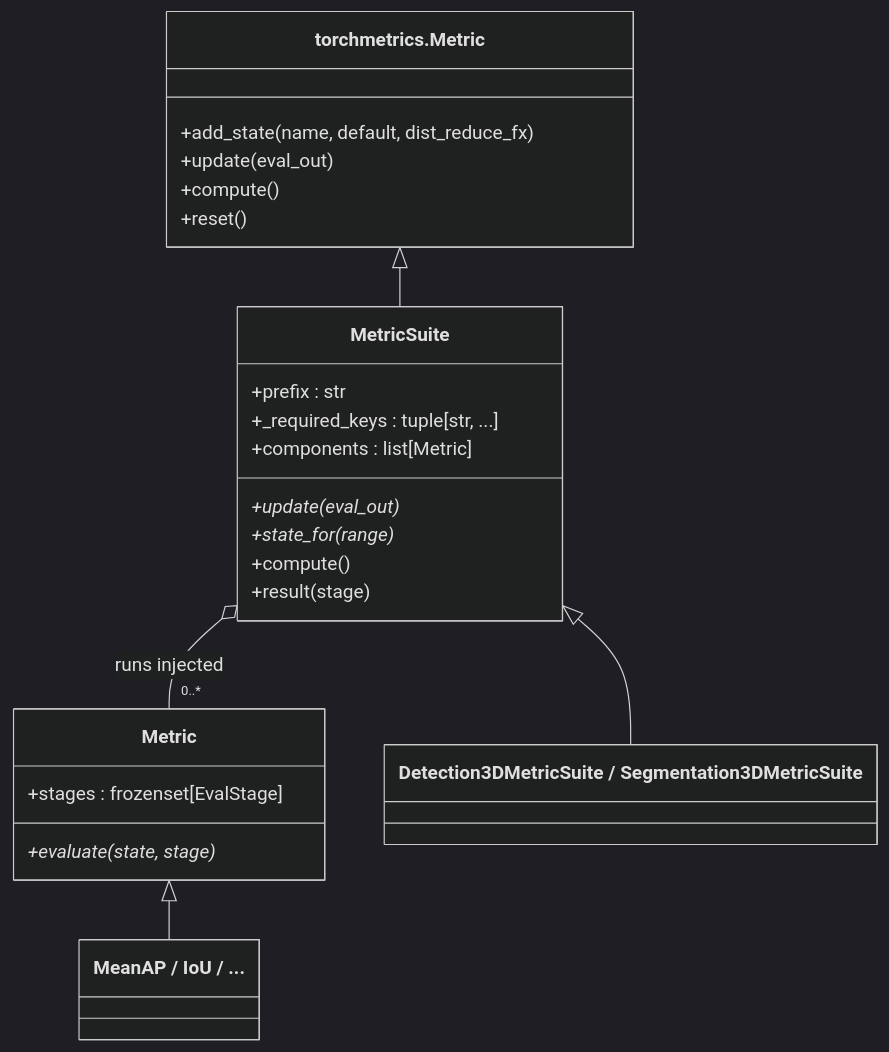
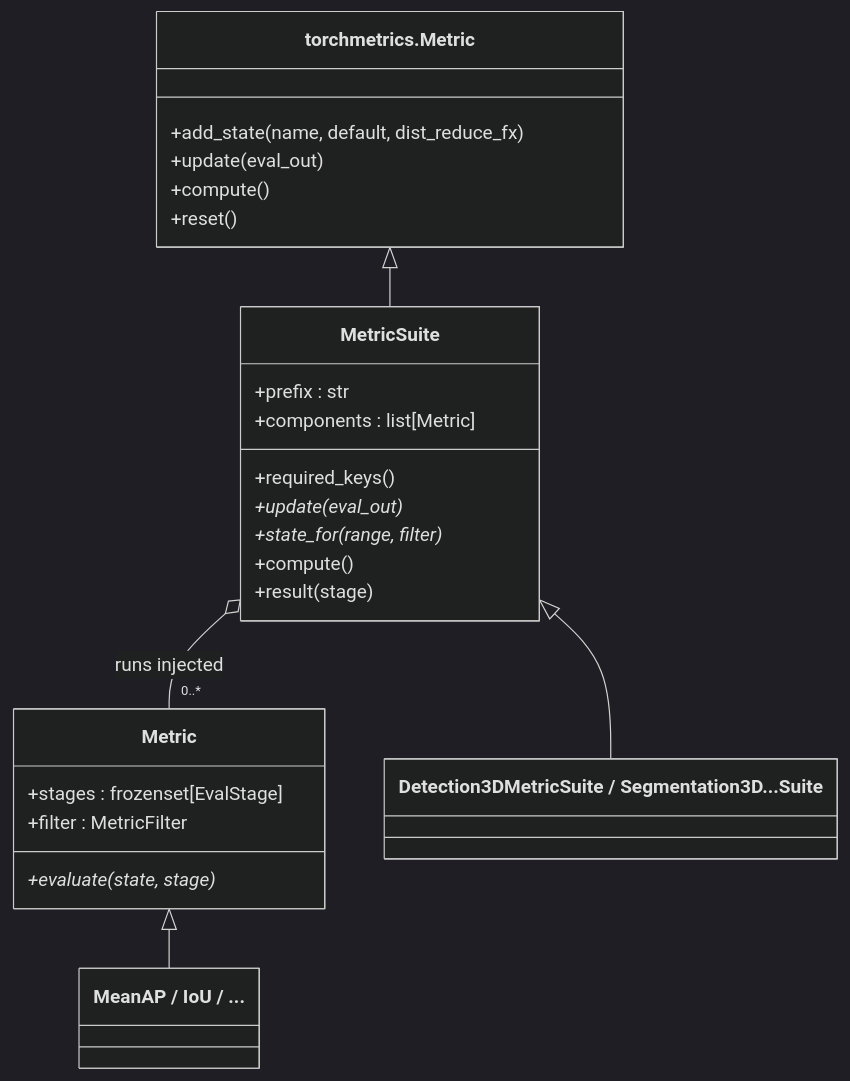
The second of 2 diagrams in docs/framework/metrics.md (tier4/autoware-ml), drawn with Mermaid (dark theme) before and after one commit. The commit also changed other lines of this file, not shown here.

Commit message:
docs(metrics): metric catalog with slices and the collision model (#109)

````diff
--- a/docs/framework/metrics.md
+++ b/docs/framework/metrics.md
@@ -88,28 +126,29 @@
 ```mermaid
 classDiagram
     class TorchMetric["torchmetrics.Metric"] {
         +add_state(name, default, dist_reduce_fx)
         +update(eval_out)
         +compute()
         +reset()
     }
     class MetricSuite {
         +prefix : str
-        +_required_keys : tuple[str, ...]
         +components : list[Metric]
+        +required_keys()
         +update(eval_out)*
-        +state_for(range)*
+        +state_for(range, filter)*
         +compute()
         +result(stage)
     }
     class Metric {
         +stages : frozenset[EvalStage]
+        +filter : MetricFilter
         +evaluate(state, stage)*
     }
-    class TaskSuite["Detection3DMetricSuite / Segmentation3DMetricSuite"]
+    class TaskSuite["Detection3DMetricSuite / Segmentation3D...Suite"]
     class TaskMetric["MeanAP / IoU / ..."]
     TorchMetric <|-- MetricSuite
     MetricSuite <|-- TaskSuite
     Metric <|-- TaskMetric
     MetricSuite o-- "0..*" Metric : runs injected
 ```
````
